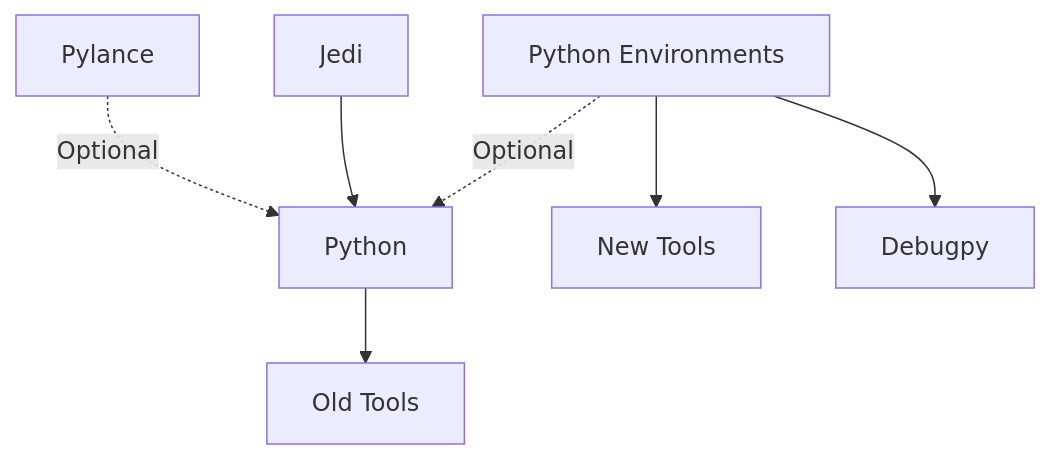
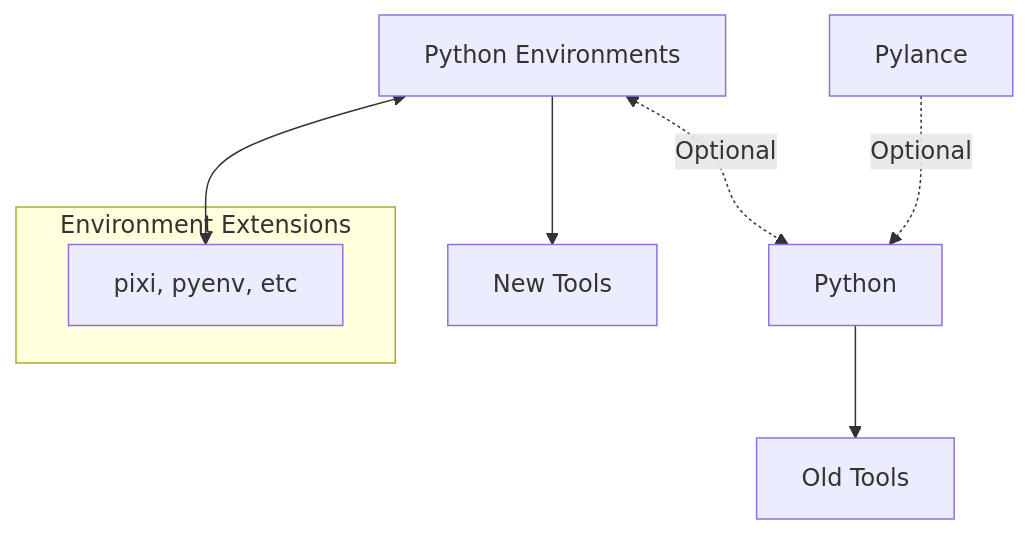
One commit to microsoft/vscode-python-environments changed the first of 2 diagrams in README.md. Above: the diagram before and after it, drawn with Mermaid. The commit also changed other lines of this file, not shown here.

Commit message:
Tweak diagrams

````diff
--- a/README.md
+++ b/README.md
@@ -63,13 +65,15 @@
 ```mermaid
 graph TD
-    A[Python Environments] -. Optional .-> B
+    A[Python Environments] <-. Optional .-> B
     B[Python]
     C[New Tools]
-    D[Debugpy]
     E[Pylance] -. Optional .-> B
     F[Old Tools]
-    J[Jedi] --> B
     B --> F
     A --> C
-    A --> D
+    A <--> P
+
+    subgraph Environment Extensions
+    P["pixi, pyenv, etc"]
+    end
 ```
````
